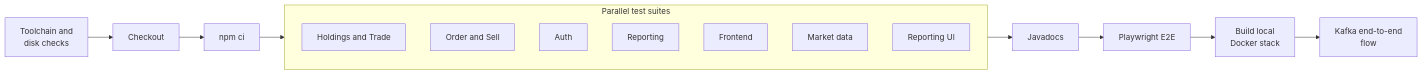
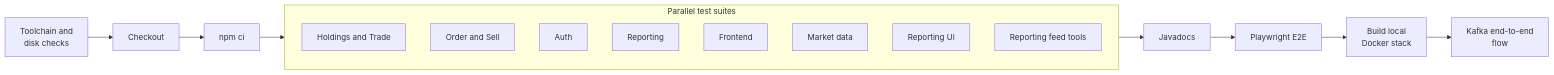
Before and after one commit to seankcheema/trading-season: the fifth of 5 diagrams in README.md, drawn with Mermaid. The commit also changed other lines of this file and 553 other files, not shown here.

````diff
--- a/README.md
+++ b/README.md
@@ -156,15 +178,16 @@
 ```mermaid
 flowchart LR
     Pre["Toolchain and<br/>disk checks"] --> Checkout --> Deps["npm ci"]
     Deps --> Tests
     subgraph Tests["Parallel test suites"]
         T1["Holdings and Trade"]
         T2["Order and Sell"]
         T3["Auth"]
         T4["Reporting"]
         T5["Frontend"]
         T6["Market data"]
         T7["Reporting UI"]
+        T8["Reporting feed tools"]
     end
     Tests --> Docs["Javadocs"] --> E2E["Playwright E2E"] --> Stack["Build local<br/>Docker stack"] --> Flow["Kafka end-to-end<br/>flow"]
 ```
````
